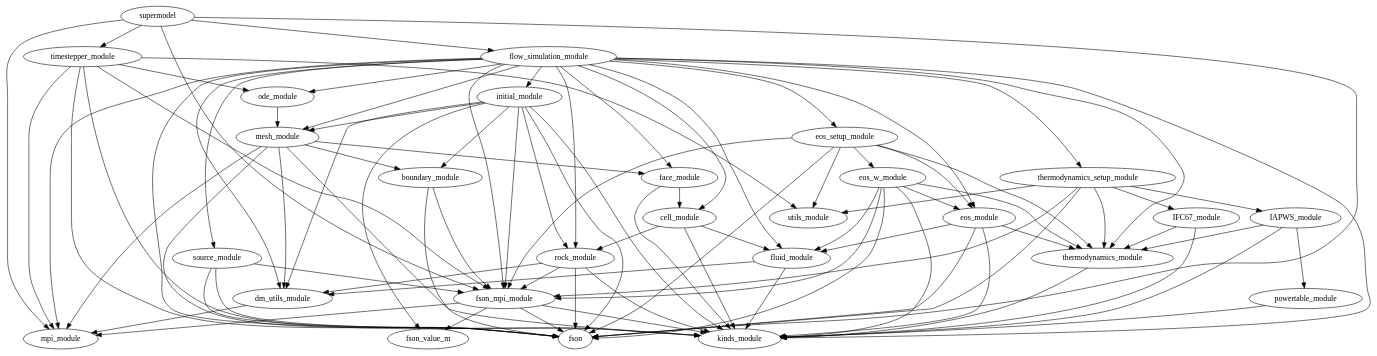
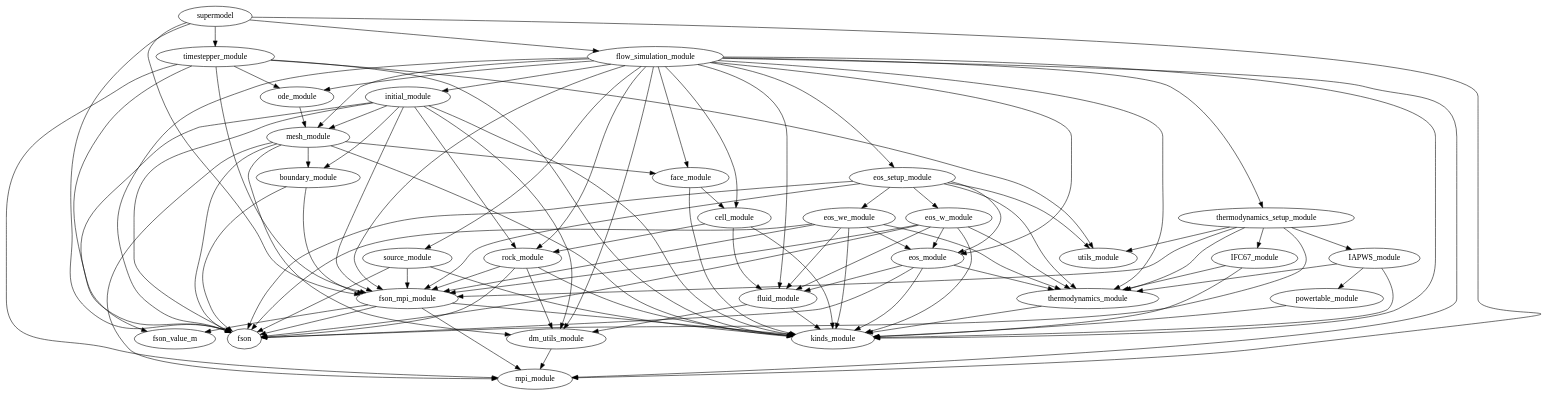
Before and after one commit to waiwera/waiwera: the diagram in doc/depends.dot, drawn with Graphviz. The commit also changed 3 other files, not shown here.

Commit message:
Added eos_we module: water/ energy EOS (non-isothermal)

```diff
--- a/doc/depends.dot
+++ b/doc/depends.dot
@@ -1,95 +1,102 @@
 digraph supermodel{
         fluid_module -> dm_utils_module
         fluid_module -> kinds_module
         eos_module -> fluid_module
         eos_module -> fson
         eos_module -> kinds_module
         eos_module -> thermodynamics_module
         rock_module -> dm_utils_module
         rock_module -> fson
         rock_module -> fson_mpi_module
         rock_module -> kinds_module
+        eos_we_module -> eos_module
+        eos_we_module -> fluid_module
+        eos_we_module -> fson
+        eos_we_module -> fson_mpi_module
+        eos_we_module -> kinds_module
+        eos_we_module -> thermodynamics_module
         powertable_module -> kinds_module
         ode_module -> mesh_module
         dm_utils_module -> mpi_module
         cell_module -> fluid_module
         cell_module -> kinds_module
         cell_module -> rock_module
         boundary_module -> fson
         boundary_module -> fson_mpi_module
         flow_simulation_module -> cell_module
         flow_simulation_module -> dm_utils_module
         flow_simulation_module -> eos_module
         flow_simulation_module -> eos_setup_module
         flow_simulation_module -> face_module
         flow_simulation_module -> fluid_module
         flow_simulation_module -> fson
         flow_simulation_module -> fson_mpi_module
         flow_simulation_module -> initial_module
         flow_simulation_module -> kinds_module
         flow_simulation_module -> mesh_module
         flow_simulation_module -> mpi_module
         flow_simulation_module -> ode_module
         flow_simulation_module -> rock_module
         flow_simulation_module -> source_module
         flow_simulation_module -> thermodynamics_module
         flow_simulation_module -> thermodynamics_setup_module
         thermodynamics_module -> kinds_module
         face_module -> cell_module
         face_module -> kinds_module
         initial_module -> boundary_module
         initial_module -> dm_utils_module
         initial_module -> fson
         initial_module -> fson_mpi_module
         initial_module -> fson_value_m
         initial_module -> kinds_module
         initial_module -> mesh_module
         initial_module -> rock_module
         mesh_module -> boundary_module
         mesh_module -> dm_utils_module
         mesh_module -> face_module
         mesh_module -> fson
         mesh_module -> kinds_module
         mesh_module -> mpi_module
         fson_mpi_module -> fson
         fson_mpi_module -> fson_value_m
         fson_mpi_module -> kinds_module
         fson_mpi_module -> mpi_module
         IFC67_module -> kinds_module
         IFC67_module -> thermodynamics_module
         supermodel -> flow_simulation_module
         supermodel -> fson
         supermodel -> fson_mpi_module
         supermodel -> mpi_module
         supermodel -> timestepper_module
         eos_w_module -> eos_module
         eos_w_module -> fluid_module
         eos_w_module -> fson
         eos_w_module -> fson_mpi_module
         eos_w_module -> kinds_module
         eos_w_module -> thermodynamics_module
         source_module -> fson
         source_module -> fson_mpi_module
         source_module -> kinds_module
         eos_setup_module -> eos_module
         eos_setup_module -> eos_w_module
+        eos_setup_module -> eos_we_module
         eos_setup_module -> fson
         eos_setup_module -> fson_mpi_module
         eos_setup_module -> thermodynamics_module
         eos_setup_module -> utils_module
         IAPWS_module -> kinds_module
         IAPWS_module -> powertable_module
         IAPWS_module -> thermodynamics_module
         thermodynamics_setup_module -> IAPWS_module
         thermodynamics_setup_module -> IFC67_module
         thermodynamics_setup_module -> fson
         thermodynamics_setup_module -> fson_mpi_module
         thermodynamics_setup_module -> thermodynamics_module
         thermodynamics_setup_module -> utils_module
         timestepper_module -> fson
         timestepper_module -> fson_mpi_module
         timestepper_module -> kinds_module
         timestepper_module -> mpi_module
         timestepper_module -> ode_module
         timestepper_module -> utils_module
 }
```
